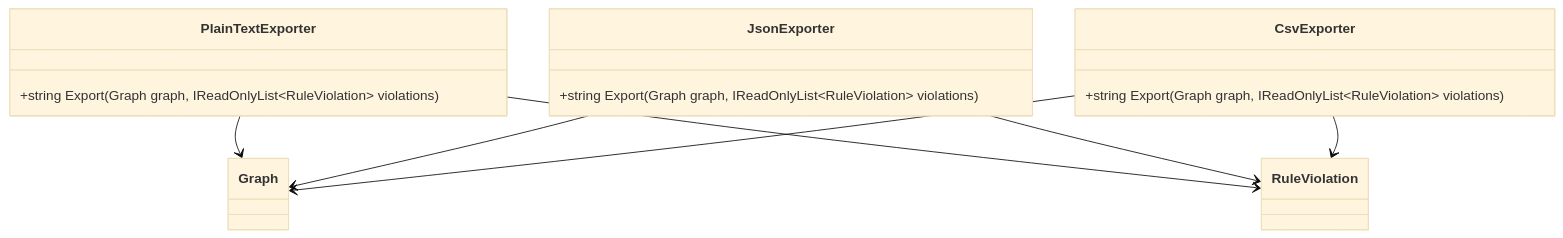
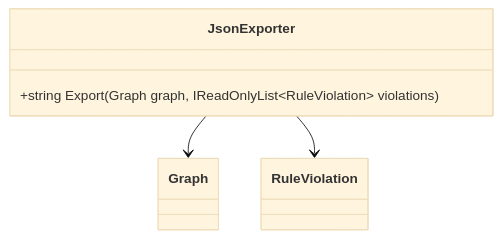
The fourth of 5 diagrams in docs/design/class-diagram.md (kaito-jiro/code-deps-jiro), drawn with Mermaid (base theme) before and after one commit. The commit also changed other lines of this file and 18 other files, not shown here.

````diff
--- a/docs/design/class-diagram.md
+++ b/docs/design/class-diagram.md
@@ -173,21 +161,11 @@
 ```mermaid
 classDiagram
-    class PlainTextExporter {
-        +string Export(Graph graph, IReadOnlyList~RuleViolation~ violations)
-    }
     class JsonExporter {
-        +string Export(Graph graph, IReadOnlyList~RuleViolation~ violations)
-    }
-    class CsvExporter {
         +string Export(Graph graph, IReadOnlyList~RuleViolation~ violations)
     }
     class Graph
     class RuleViolation
 
-    PlainTextExporter --> Graph
-    PlainTextExporter --> RuleViolation
     JsonExporter --> Graph
     JsonExporter --> RuleViolation
-    CsvExporter --> Graph
-    CsvExporter --> RuleViolation
 ```
````
